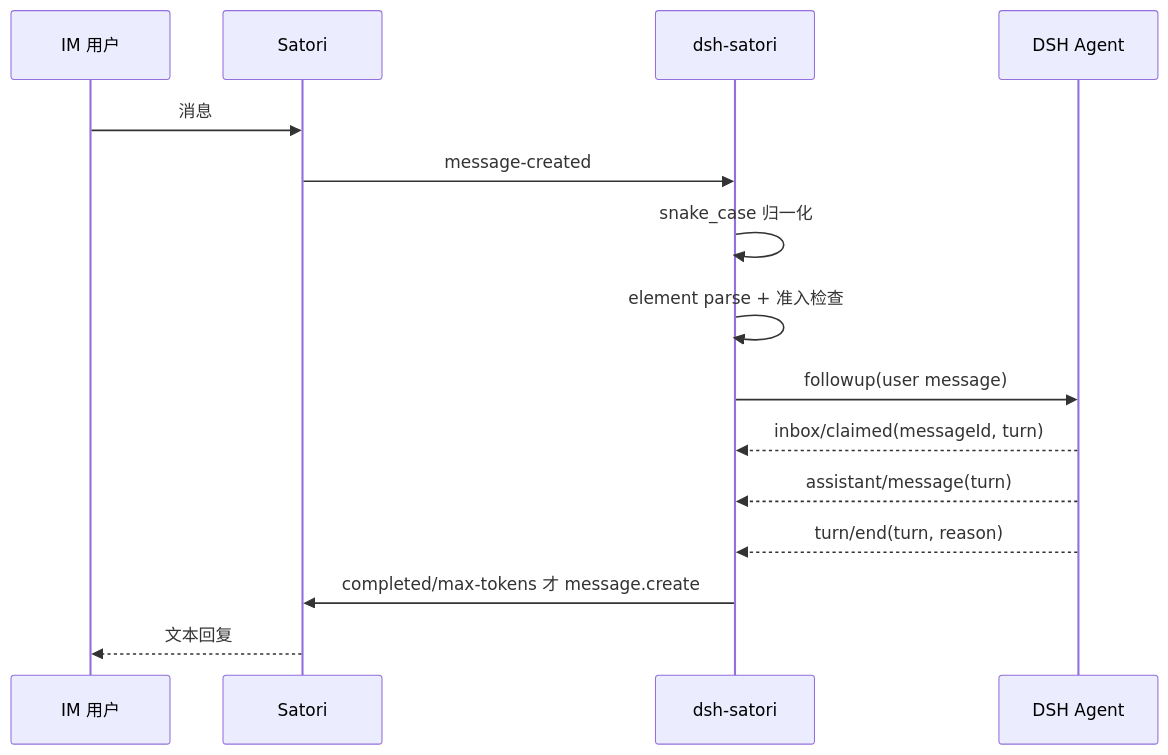
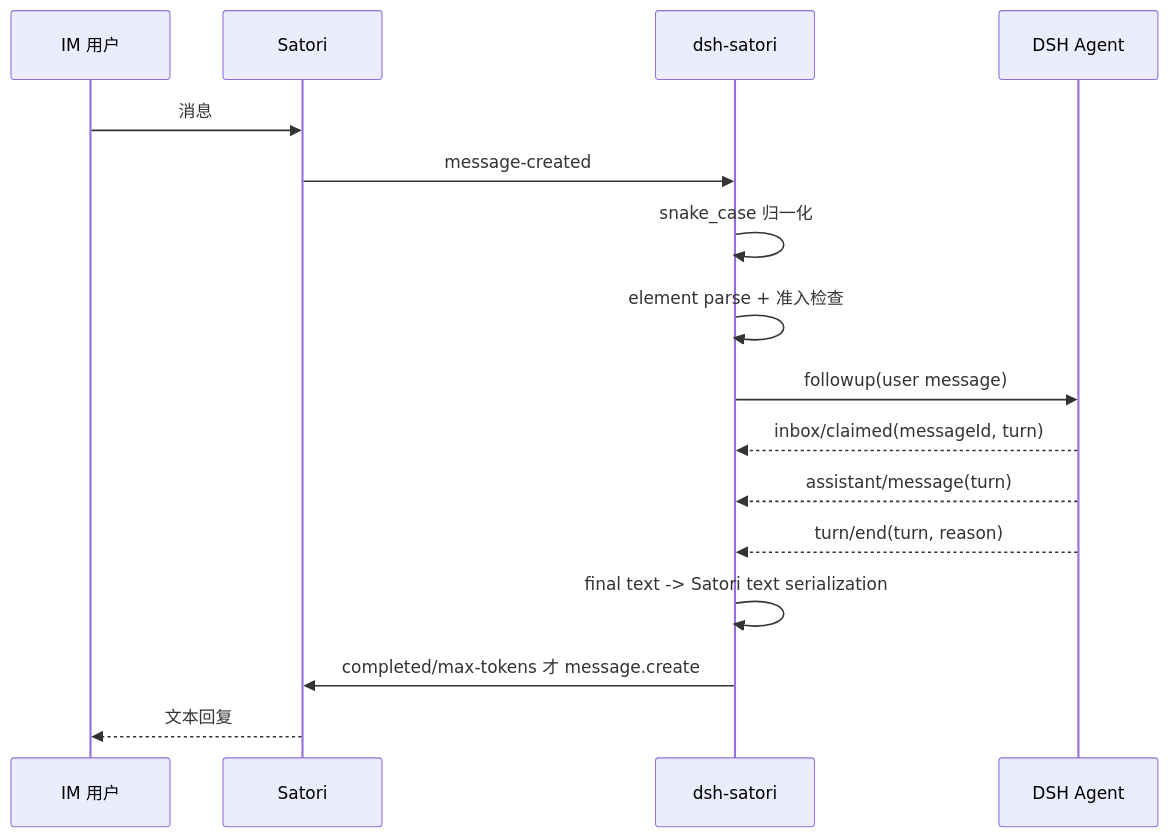
Before and after one commit to Ri0n72Y/dsh-satori: the second of 2 diagrams in README-zh.md, drawn with Mermaid. The commit also changed other lines of this file, not shown here.

Commit message:
docs: describe safe Satori text serialization

````diff
--- a/README-zh.md
+++ b/README-zh.md
@@ -124,18 +126,19 @@
 ```mermaid
 sequenceDiagram
     participant IM as IM 用户
     participant S as Satori
     participant P as dsh-satori
     participant D as DSH Agent
 
     IM->>S: 消息
     S->>P: message-created
     P->>P: snake_case 归一化
     P->>P: element parse + 准入检查
     P->>D: followup(user message)
     D-->>P: inbox/claimed(messageId, turn)
     D-->>P: assistant/message(turn)
     D-->>P: turn/end(turn, reason)
+    P->>P: final text -> Satori text serialization
     P->>S: completed/max-tokens 才 message.create
     S-->>IM: 文本回复
 ```
````
